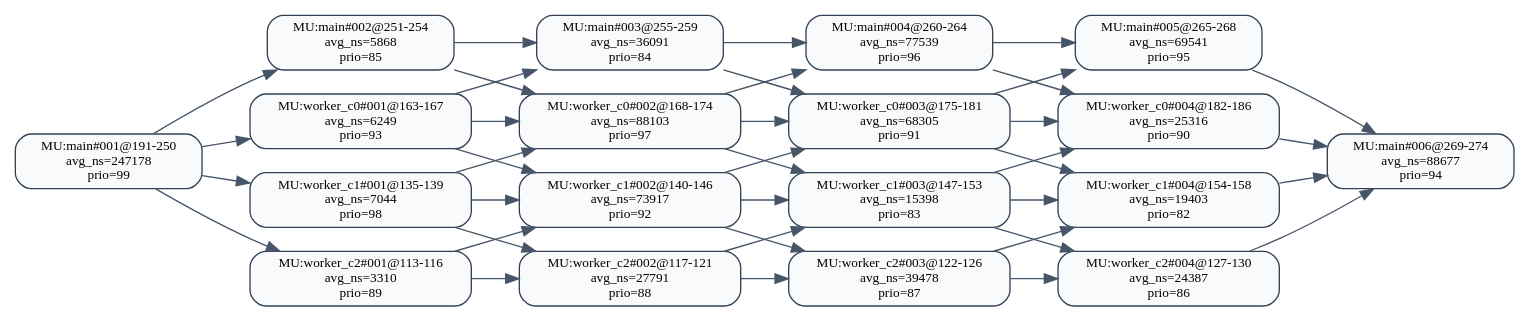
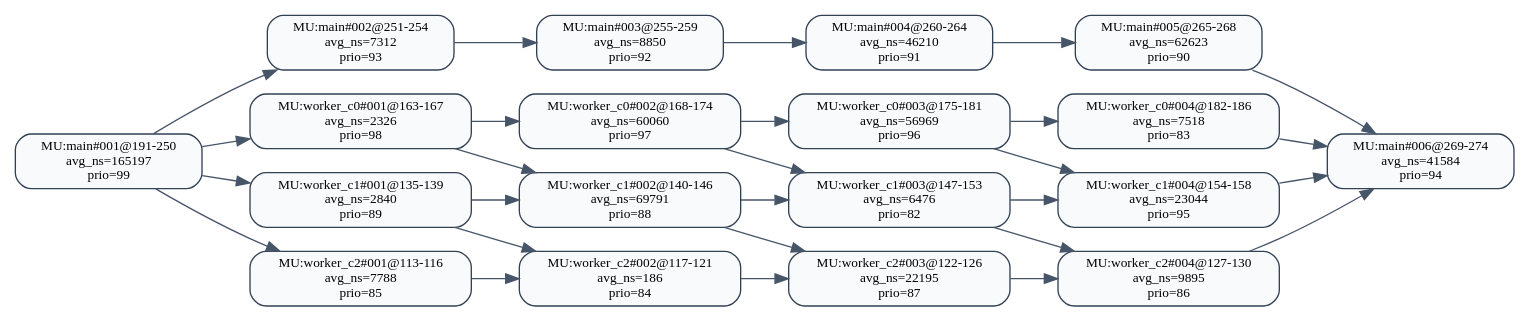
Before and after one commit to RTS-SYSU/DAG-Gen: the diagram in 中间结果/zhang3/pipeline/validation/level2/effective_line_merge/cpf/dag_seg_annotated.dot, drawn with Graphviz. The commit also changed 2419 other files, not shown here.

```diff
--- a/中间结果/zhang3/pipeline/validation/level2/effective_line_merge/cpf/dag_seg_annotated.dot
+++ b/中间结果/zhang3/pipeline/validation/level2/effective_line_merge/cpf/dag_seg_annotated.dot
@@ -1,61 +1,49 @@
 digraph dag_seg_annotated {
   rankdir=LR;
   node [shape=box, style="rounded,filled", fillcolor="#F8FAFC", color="#334155", fontsize=10];
   edge [color="#475569"];
-  "MU:main#001@191-250" [label="MU:main#001@191-250\navg_ns=247178\nprio=99"];
-  "MU:main#002@251-254" [label="MU:main#002@251-254\navg_ns=5868\nprio=85"];
-  "MU:main#003@255-259" [label="MU:main#003@255-259\navg_ns=36091\nprio=84"];
-  "MU:main#004@260-264" [label="MU:main#004@260-264\navg_ns=77539\nprio=96"];
-  "MU:main#005@265-268" [label="MU:main#005@265-268\navg_ns=69541\nprio=95"];
-  "MU:main#006@269-274" [label="MU:main#006@269-274\navg_ns=88677\nprio=94"];
-  "MU:worker_c0#001@163-167" [label="MU:worker_c0#001@163-167\navg_ns=6249\nprio=93"];
-  "MU:worker_c0#002@168-174" [label="MU:worker_c0#002@168-174\navg_ns=88103\nprio=97"];
-  "MU:worker_c0#003@175-181" [label="MU:worker_c0#003@175-181\navg_ns=68305\nprio=91"];
-  "MU:worker_c0#004@182-186" [label="MU:worker_c0#004@182-186\navg_ns=25316\nprio=90"];
-  "MU:worker_c1#001@135-139" [label="MU:worker_c1#001@135-139\navg_ns=7044\nprio=98"];
-  "MU:worker_c1#002@140-146" [label="MU:worker_c1#002@140-146\navg_ns=73917\nprio=92"];
-  "MU:worker_c1#003@147-153" [label="MU:worker_c1#003@147-153\navg_ns=15398\nprio=83"];
-  "MU:worker_c1#004@154-158" [label="MU:worker_c1#004@154-158\navg_ns=19403\nprio=82"];
-  "MU:worker_c2#001@113-116" [label="MU:worker_c2#001@113-116\navg_ns=3310\nprio=89"];
-  "MU:worker_c2#002@117-121" [label="MU:worker_c2#002@117-121\navg_ns=27791\nprio=88"];
-  "MU:worker_c2#003@122-126" [label="MU:worker_c2#003@122-126\navg_ns=39478\nprio=87"];
-  "MU:worker_c2#004@127-130" [label="MU:worker_c2#004@127-130\navg_ns=24387\nprio=86"];
+  "MU:main#001@191-250" [label="MU:main#001@191-250\navg_ns=165197\nprio=99"];
+  "MU:main#002@251-254" [label="MU:main#002@251-254\navg_ns=7312\nprio=93"];
+  "MU:main#003@255-259" [label="MU:main#003@255-259\navg_ns=8850\nprio=92"];
+  "MU:main#004@260-264" [label="MU:main#004@260-264\navg_ns=46210\nprio=91"];
+  "MU:main#005@265-268" [label="MU:main#005@265-268\navg_ns=62623\nprio=90"];
+  "MU:main#006@269-274" [label="MU:main#006@269-274\navg_ns=41584\nprio=94"];
+  "MU:worker_c0#001@163-167" [label="MU:worker_c0#001@163-167\navg_ns=2326\nprio=98"];
+  "MU:worker_c0#002@168-174" [label="MU:worker_c0#002@168-174\navg_ns=60060\nprio=97"];
+  "MU:worker_c0#003@175-181" [label="MU:worker_c0#003@175-181\navg_ns=56969\nprio=96"];
+  "MU:worker_c0#004@182-186" [label="MU:worker_c0#004@182-186\navg_ns=7518\nprio=83"];
+  "MU:worker_c1#001@135-139" [label="MU:worker_c1#001@135-139\navg_ns=2840\nprio=89"];
+  "MU:worker_c1#002@140-146" [label="MU:worker_c1#002@140-146\navg_ns=69791\nprio=88"];
+  "MU:worker_c1#003@147-153" [label="MU:worker_c1#003@147-153\navg_ns=6476\nprio=82"];
+  "MU:worker_c1#004@154-158" [label="MU:worker_c1#004@154-158\navg_ns=23044\nprio=95"];
+  "MU:worker_c2#001@113-116" [label="MU:worker_c2#001@113-116\navg_ns=7788\nprio=85"];
+  "MU:worker_c2#002@117-121" [label="MU:worker_c2#002@117-121\navg_ns=186\nprio=84"];
+  "MU:worker_c2#003@122-126" [label="MU:worker_c2#003@122-126\navg_ns=22195\nprio=87"];
+  "MU:worker_c2#004@127-130" [label="MU:worker_c2#004@127-130\navg_ns=9895\nprio=86"];
   "MU:worker_c2#001@113-116" -> "MU:worker_c2#002@117-121";
   "MU:worker_c2#002@117-121" -> "MU:worker_c2#003@122-126";
   "MU:worker_c2#003@122-126" -> "MU:worker_c2#004@127-130";
   "MU:worker_c1#001@135-139" -> "MU:worker_c1#002@140-146";
   "MU:worker_c1#002@140-146" -> "MU:worker_c1#003@147-153";
   "MU:worker_c1#003@147-153" -> "MU:worker_c1#004@154-158";
   "MU:worker_c0#001@163-167" -> "MU:worker_c0#002@168-174";
   "MU:worker_c0#002@168-174" -> "MU:worker_c0#003@175-181";
   "MU:worker_c0#003@175-181" -> "MU:worker_c0#004@182-186";
   "MU:main#001@191-250" -> "MU:main#002@251-254";
   "MU:main#002@251-254" -> "MU:main#003@255-259";
   "MU:main#003@255-259" -> "MU:main#004@260-264";
   "MU:main#004@260-264" -> "MU:main#005@265-268";
   "MU:main#005@265-268" -> "MU:main#006@269-274";
   "MU:main#001@191-250" -> "MU:worker_c0#001@163-167";
   "MU:main#001@191-250" -> "MU:worker_c1#001@135-139";
   "MU:main#001@191-250" -> "MU:worker_c2#001@113-116";
   "MU:worker_c0#004@182-186" -> "MU:main#006@269-274";
   "MU:worker_c1#004@154-158" -> "MU:main#006@269-274";
   "MU:worker_c2#004@127-130" -> "MU:main#006@269-274";
-  "MU:worker_c2#001@113-116" -> "MU:worker_c1#002@140-146";
   "MU:worker_c1#001@135-139" -> "MU:worker_c2#002@117-121";
-  "MU:worker_c2#002@117-121" -> "MU:worker_c1#003@147-153";
   "MU:worker_c1#002@140-146" -> "MU:worker_c2#003@122-126";
-  "MU:worker_c2#003@122-126" -> "MU:worker_c1#004@154-158";
   "MU:worker_c1#003@147-153" -> "MU:worker_c2#004@127-130";
-  "MU:worker_c1#001@135-139" -> "MU:worker_c0#002@168-174";
   "MU:worker_c0#001@163-167" -> "MU:worker_c1#002@140-146";
-  "MU:worker_c1#002@140-146" -> "MU:worker_c0#003@175-181";
   "MU:worker_c0#002@168-174" -> "MU:worker_c1#003@147-153";
-  "MU:worker_c1#003@147-153" -> "MU:worker_c0#004@182-186";
   "MU:worker_c0#003@175-181" -> "MU:worker_c1#004@154-158";
-  "MU:worker_c0#001@163-167" -> "MU:main#003@255-259";
-  "MU:main#002@251-254" -> "MU:worker_c0#002@168-174";
-  "MU:worker_c0#002@168-174" -> "MU:main#004@260-264";
-  "MU:main#003@255-259" -> "MU:worker_c0#003@175-181";
-  "MU:worker_c0#003@175-181" -> "MU:main#005@265-268";
-  "MU:main#004@260-264" -> "MU:worker_c0#004@182-186";
 }
```
